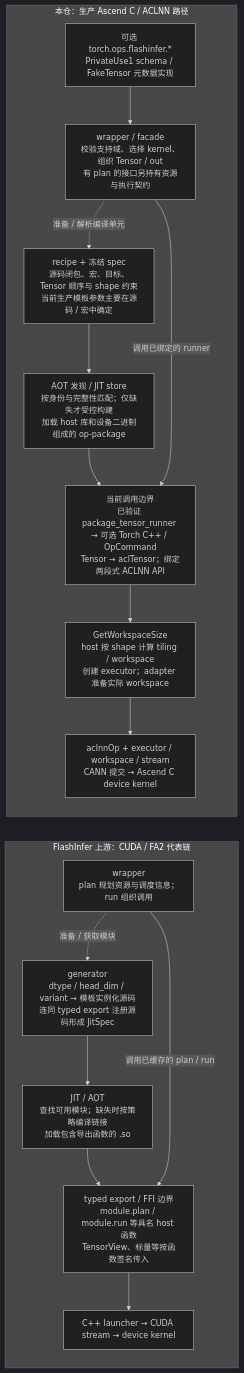
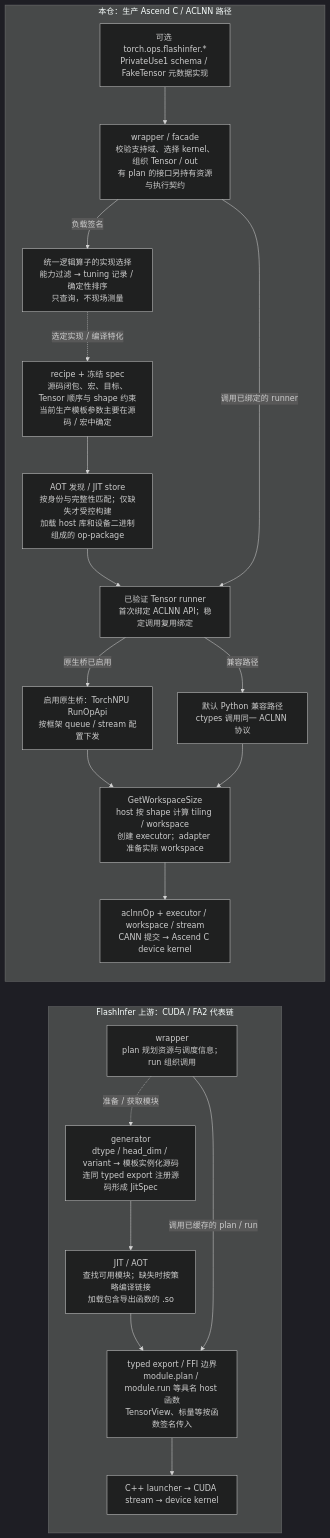
One commit to xuanyuandy/flashinfer-ascend changed the first of 3 diagrams in docs/framework_design.md. Above: the diagram before and after it, drawn with Mermaid (dark theme). The commit also changed other lines of this file and 72 other files, not shown here.

````diff
--- a/docs/framework_design.md
+++ b/docs/framework_design.md
@@ -227,30 +227,38 @@
 ```mermaid
 flowchart LR
   subgraph CUDA["FlashInfer 上游：CUDA / FA2 代表链"]
     direction TB
     CW["wrapper<br/>plan 规划资源与调度信息；run 组织调用"]
     CG["generator<br/>dtype / head_dim / variant → 模板实例化源码<br/>连同 typed export 注册源码形成 JitSpec"]
     CJ["JIT / AOT<br/>查找可用模块；缺失时按策略编译链接<br/>加载包含导出函数的 .so"]
     CE["typed export / FFI 边界<br/>module.plan / module.run 等具名 host 函数<br/>TensorView、标量等按函数签名传入"]
     CK["C++ launcher → CUDA stream → device kernel"]
     CW -. "准备 / 获取模块" .-> CG
     CG --> CJ --> CE
     CW -->|"调用已缓存的 plan / run"| CE
     CE --> CK
   end
   subgraph ASCEND["本仓：生产 Ascend C / ACLNN 路径"]
     direction TB
     AO["可选 torch.ops.flashinfer.*<br/>PrivateUse1 schema / FakeTensor 元数据实现"]
     AW["wrapper / facade<br/>校验支持域、选择 kernel、组织 Tensor / out<br/>有 plan 的接口另持有资源与执行契约"]
+    AU["统一逻辑算子的实现选择<br/>能力过滤 → tuning 记录 / 确定性排序<br/>只查询，不现场测量"]
     AG["recipe + 冻结 spec<br/>源码闭包、宏、目标、Tensor 顺序与 shape 约束<br/>当前生产模板参数主要在源码 / 宏中确定"]
     AJ["AOT 发现 / JIT store<br/>按身份与完整性匹配；仅缺失才受控构建<br/>加载 host 库和设备二进制组成的 op-package"]
-    AE["当前调用边界<br/>已验证 package_tensor_runner → 可选 Torch C++ / OpCommand<br/>Tensor → aclTensor；绑定两段式 ACLNN API"]
+    AE["已验证 Tensor runner<br/>首次绑定 ACLNN API；稳定调用复用绑定"]
+    AQ["启用原生桥：TorchNPU RunOpApi<br/>按框架 queue / stream 配置下发"]
+    AP["默认 Python 兼容路径<br/>ctypes 调用同一 ACLNN 协议"]
     AT["GetWorkspaceSize<br/>host 按 shape 计算 tiling / workspace<br/>创建 executor；adapter 准备实际 workspace"]
     AK["aclnnOp + executor / workspace / stream<br/>CANN 提交 → Ascend C device kernel"]
     AO --> AW
-    AW -. "准备 / 解析编译单元" .-> AG
+    AW -->|"负载签名"| AU
+    AU -. "选定实现 / 编译特化" .-> AG
     AG --> AJ --> AE
     AW -->|"调用已绑定的 runner"| AE
-    AE --> AT --> AK
+    AE -->|"原生桥已启用"| AQ
+    AE -->|"兼容路径"| AP
+    AQ --> AT
+    AP --> AT
+    AT --> AK
   end
 ```
````
